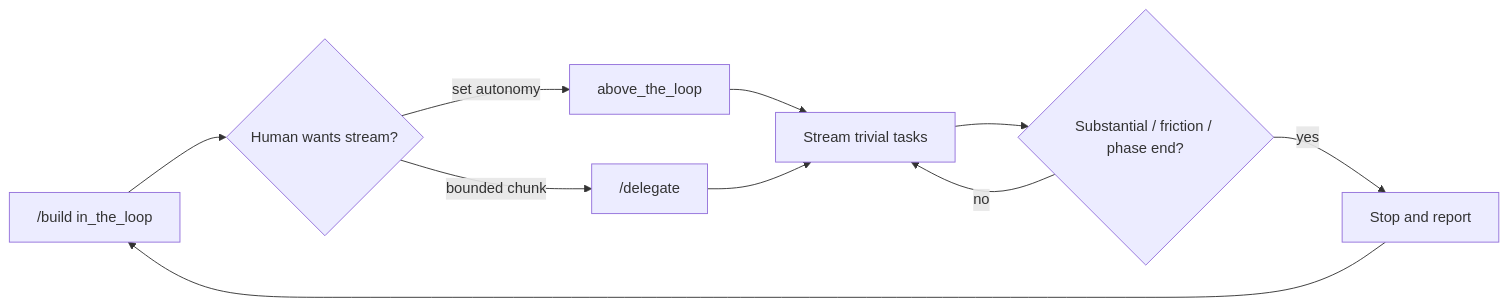
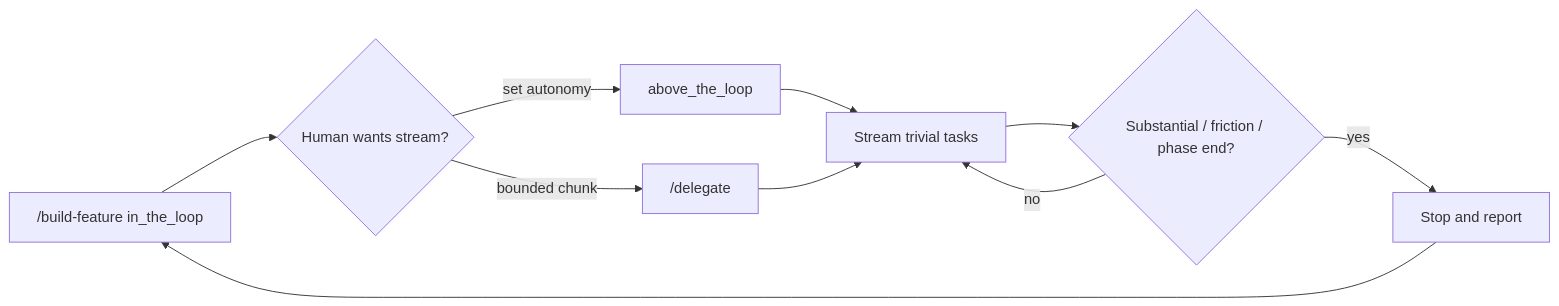
The fourth of 4 diagrams in README.md (banken7393/VALID), drawn with Mermaid before and after one commit. The commit also changed other lines of this file and 31 other files, not shown here.

````diff
--- a/README.md
+++ b/README.md
@@ -586,12 +603,12 @@
 ```mermaid
 flowchart LR
-  build["/build in_the_loop"] --> ask{Human wants stream?}
+  build["/build-feature in_the_loop"] --> ask{Human wants stream?}
   ask -->|set autonomy| atl[above_the_loop]
   ask -->|bounded chunk| del["/delegate"]
   atl --> stream[Stream trivial tasks]
   del --> stream
   stream --> stop{Substantial / friction / phase end?}
   stop -->|yes| human[Stop and report]
   stop -->|no| stream
   human --> build
 ```
````
